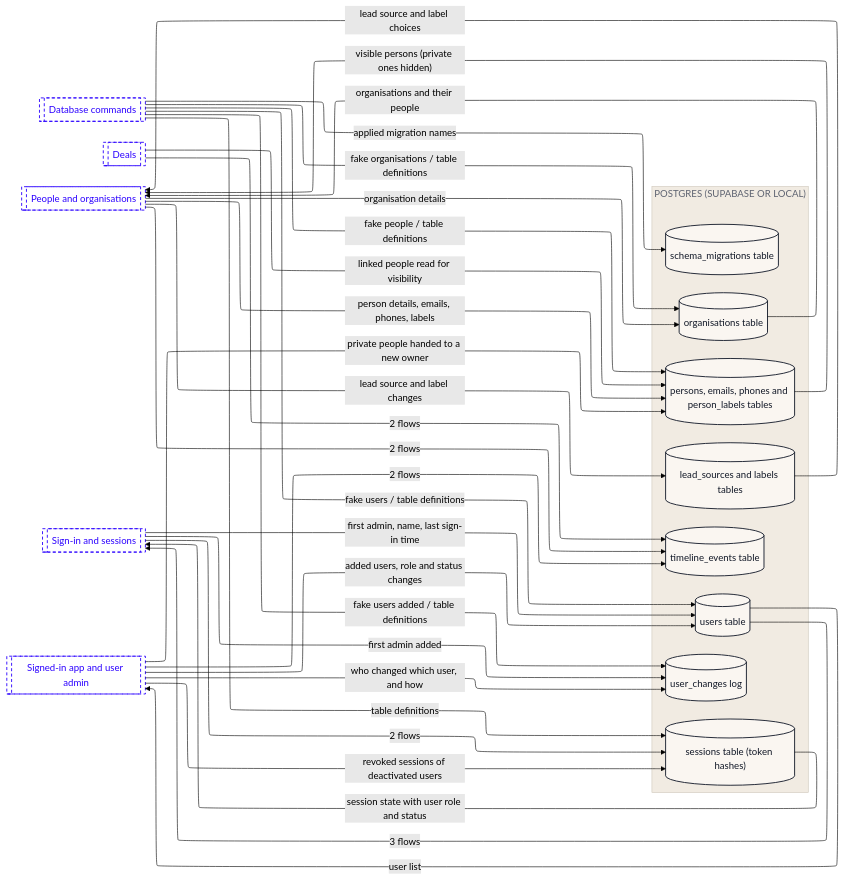
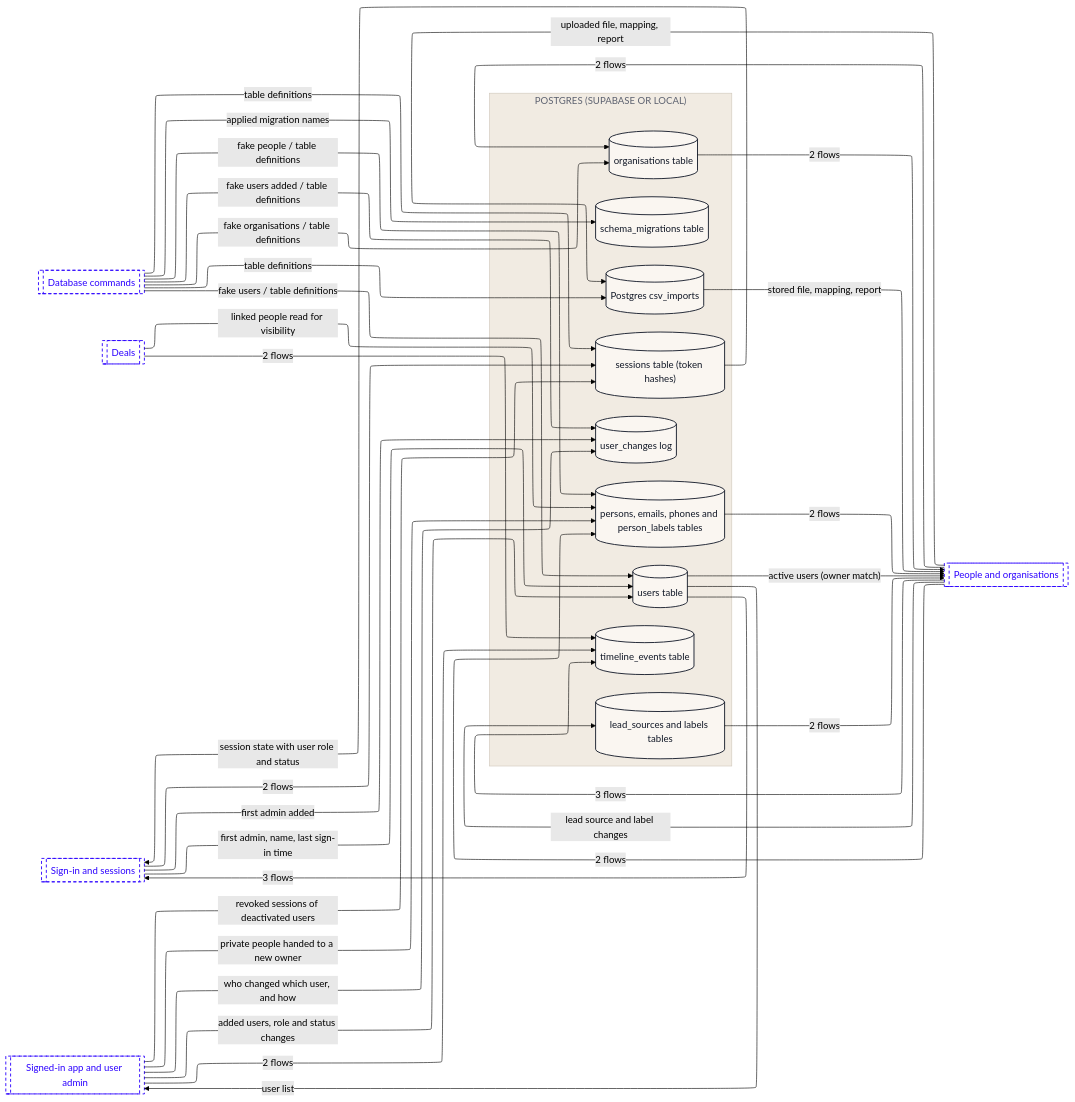
One commit to Romain-Perche/Barnacle-Pipe changed the third of 10 diagrams in dataflow/DATAFLOW.md. Above: the diagram before and after it, drawn with Mermaid (forest theme). The commit also changed other lines of this file and 7 other files, not shown here.

````diff
--- a/dataflow/DATAFLOW.md
+++ b/dataflow/DATAFLOW.md
@@ -142,57 +142,62 @@
 ```mermaid
 ---
 config:
   layout: elk
 ---
 flowchart LR
     subgraph z1["POSTGRES (SUPABASE OR LOCAL)"]
         n1[("lead_sources and labels tables")]
-        n2[("organisations table")]
-        n3[("persons, emails, phones and person_labels tables")]
-        n4[("schema_migrations table")]
-        n5[("sessions table (token hashes)")]
-        n6[("timeline_events table")]
-        n7[("user_changes log")]
-        n8[("users table")]
+        n2[("Postgres csv_imports")]
+        n3[("organisations table")]
+        n4[("persons, emails, phones and person_labels tables")]
+        n5[("schema_migrations table")]
+        n6[("sessions table (token hashes)")]
+        n7[("timeline_events table")]
+        n8[("user_changes log")]
+        n9[("users table")]
     end
-    n9[["Database commands"]]
-    n10[["Deals"]]
-    n11[["People and organisations"]]
-    n12[["Sign-in and sessions"]]
-    n13[["Signed-in app and user admin"]]
-    n11 -->|"lead source and label changes"| n1
-    n1 -->|"lead source and label choices"| n11
-    n12 -->|"2 flows"| n5
-    n12 -->|"first admin added"| n7
-    n12 -->|"first admin, name, last sign-in time"| n8
-    n10 -->|"linked people read for visibility"| n3
-    n10 -->|"2 flows"| n6
-    n9 -->|"fake organisations / table definitions"| n2
-    n9 -->|"fake people / table definitions"| n3
-    n9 -->|"applied migration names"| n4
-    n9 -->|"table definitions"| n5
-    n9 -->|"fake users added / table definitions"| n7
-    n9 -->|"fake users / table definitions"| n8
-    n11 -->|"organisation details"| n2
-    n11 -->|"2 flows"| n6
-    n2 -->|"organisations and their people"| n11
-    n11 -->|"person details, emails, phones, labels"| n3
-    n3 -->|"visible persons (private ones hidden)"| n11
-    n5 -->|"session state with user role and status"| n12
-    n13 -->|"private people handed to a new owner"| n3
-    n13 -->|"revoked sessions of deactivated users"| n5
+    n10[["Database commands"]]
+    n11[["Deals"]]
+    n12[["People and organisations"]]
+    n13[["Sign-in and sessions"]]
+    n14[["Signed-in app and user admin"]]
+    n12 -->|"lead source and label changes"| n1
+    n1 -->|"2 flows"| n12
     n13 -->|"2 flows"| n6
-    n13 -->|"who changed which user, and how"| n7
-    n13 -->|"added users, role and status changes"| n8
-    n8 -->|"3 flows"| n12
-    n8 -->|"user list"| n13
+    n13 -->|"first admin added"| n8
+    n13 -->|"first admin, name, last sign-in time"| n9
+    n12 -->|"uploaded file, mapping, report"| n2
+    n12 -->|"2 flows"| n3
+    n12 -->|"2 flows"| n4
+    n12 -->|"3 flows"| n7
+    n2 -->|"stored file, mapping, report"| n12
+    n11 -->|"linked people read for visibility"| n4
+    n11 -->|"2 flows"| n7
+    n10 -->|"table definitions"| n2
+    n10 -->|"fake organisations / table definitions"| n3
+    n10 -->|"fake people / table definitions"| n4
+    n10 -->|"applied migration names"| n5
+    n10 -->|"table definitions"| n6
+    n10 -->|"fake users added / table definitions"| n8
+    n10 -->|"fake users / table definitions"| n9
+    n3 -->|"2 flows"| n12
+    n4 -->|"2 flows"| n12
+    n6 -->|"session state with user role and status"| n13
+    n14 -->|"private people handed to a new owner"| n4
+    n14 -->|"revoked sessions of deactivated users"| n6
+    n14 -->|"2 flows"| n7
+    n14 -->|"who changed which user, and how"| n8
+    n14 -->|"added users, role and status changes"| n9
+    n9 -->|"3 flows"| n13
+    n9 -->|"active users (owner match)"| n12
+    n9 -->|"user list"| n14
     classDef actor fill:#FFFFFF,stroke:#111827,stroke-width:1px,color:#111827
     classDef process fill:#EDEAFF,stroke:#2B00FF,stroke-width:1.5px,color:#111827
     classDef store fill:#FAF6F1,stroke:#111827,stroke-width:1.5px,color:#111827
     classDef zone fill:#1A1A1A,stroke:#1A1A1A,color:#FFFFFF
     classDef group fill:#2B00FF,stroke:#2B00FF,color:#FFFFFF
     classDef stub fill:#FFFFFF,stroke:#2B00FF,stroke-width:1.5px,stroke-dasharray:5 4,color:#2B00FF
-    class n1,n2,n3,n4,n5,n6,n7,n8 store
-    class n9,n10,n11,n12,n13 stub
+    class n1,n2,n3,n4,n5,n6,n7,n8,n9 store
+    class n10,n11,n12,n13,n14 stub
     style z1 fill:#F1EBE2,stroke:#CFC7BB,color:#5D6270
 ```
````
